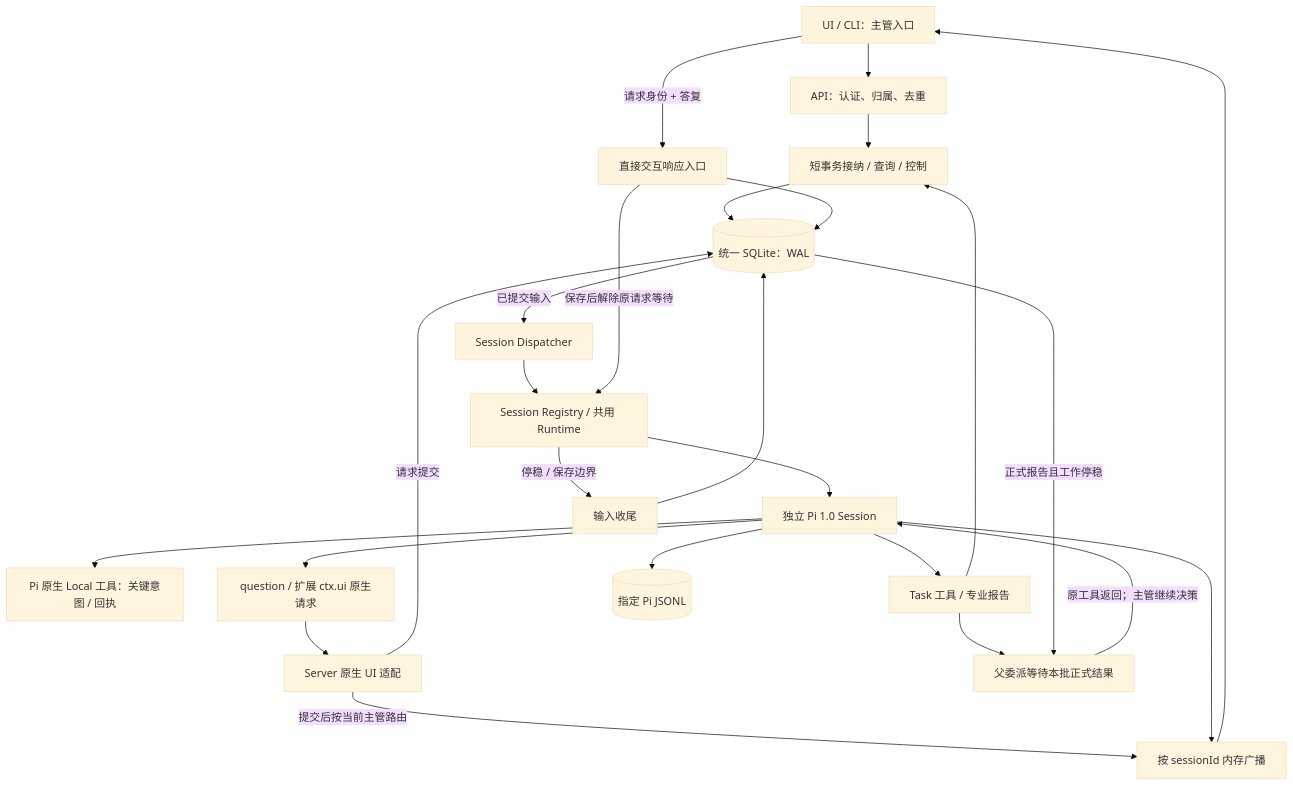
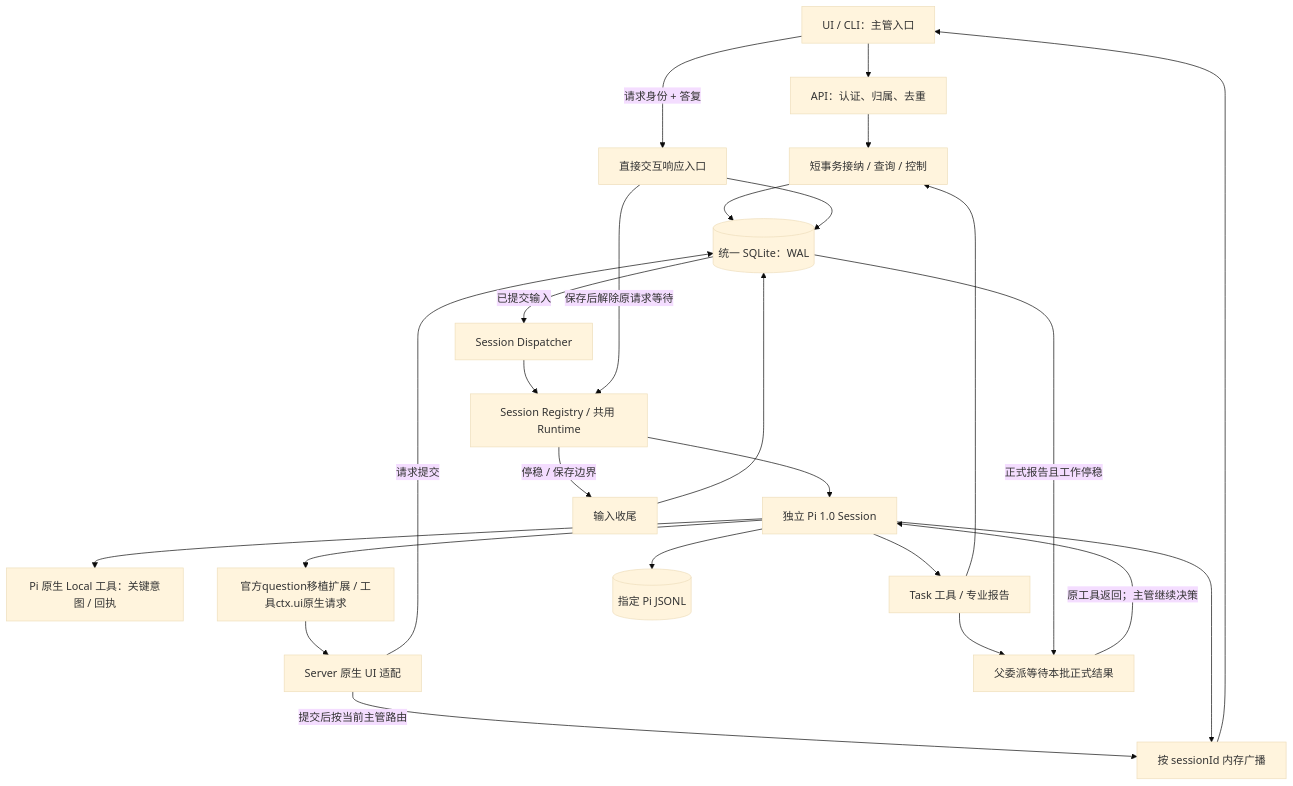
The first of 3 diagrams in docs/technicalnew/architecture.md (mojiaicrypto-ops/Kaiming), drawn with Mermaid (base theme) before and after one commit. The commit also changed 15 other files, not shown here.

````diff
--- a/docs/technicalnew/architecture.md
+++ b/docs/technicalnew/architecture.md
@@ -9,27 +9,27 @@
 ```mermaid
 flowchart TB
   UI[UI / CLI：主管入口] --> API[API：认证、归属、去重]
   API --> STORE[短事务接纳 / 查询 / 控制]
   STORE --> DB[(统一 SQLite：WAL)]
   DB -->|已提交输入| DISPATCH[Session Dispatcher]
   DISPATCH --> RUNTIME[Session Registry / 共用 Runtime]
   RUNTIME --> PI[独立 Pi 1.0 Session]
   PI --> LOCAL[Pi 原生 Local 工具：关键意图 / 回执]
   PI --> TOOLS[Task 工具 / 专业报告]
-  PI --> NATIVE[question / 扩展 ctx.ui 原生请求]
+  PI --> NATIVE[官方question移植扩展 / 工具ctx.ui原生请求]
   NATIVE --> ADAPTER[Server 原生 UI 适配]
   ADAPTER -->|请求提交| DB
   ADAPTER -->|提交后按当前主管路由| HUB
   TOOLS --> STORE
   TOOLS --> WAIT[父委派等待本批正式结果]
   DB -->|正式报告且工作停稳| WAIT
   WAIT -->|原工具返回；主管继续决策| PI
   PI --> HISTORY[(指定 Pi JSONL)]
   PI --> HUB[按 sessionId 内存广播]
   HUB --> UI
   UI -->|请求身份 + 答复| RESPONSE[直接交互响应入口]
   RESPONSE --> DB
   RESPONSE -->|保存后解除原请求等待| RUNTIME
   RUNTIME -->|停稳 / 保存边界| FINISH[输入收尾]
   FINISH --> DB
 ```
````
